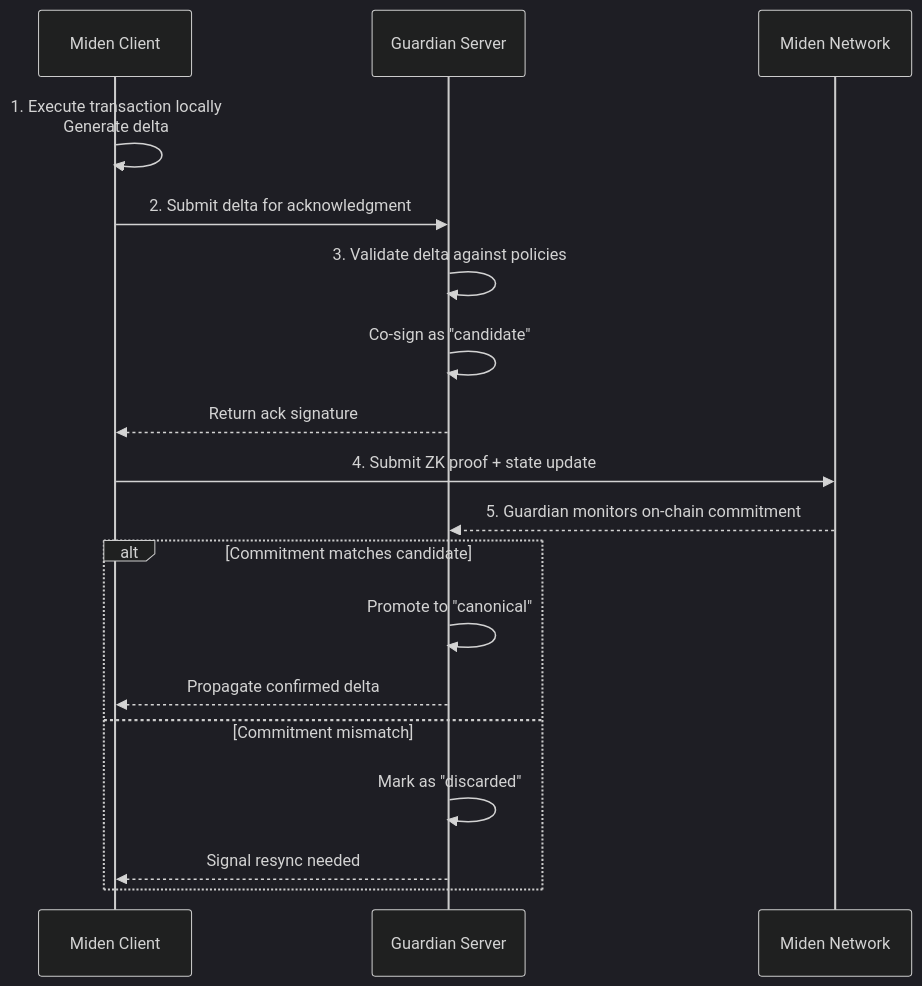
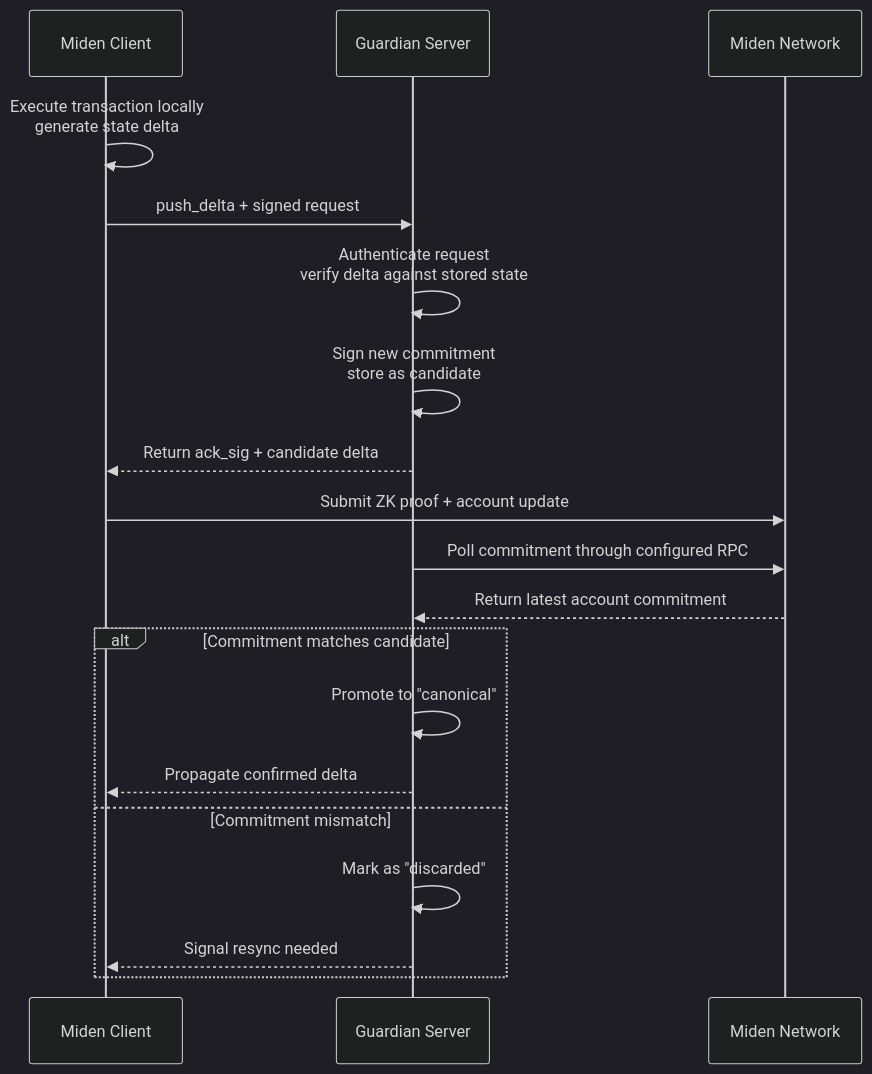
The second of 4 diagrams in docs/builder/miden-guardian/core-concepts/architecture.md (0xMiden/miden-docs), drawn with Mermaid (dark theme) before and after one commit. The commit also changed other lines of this file and 13 other files, not shown here.

First line of the commit message:
docs: expand Guardian architecture docs

````diff
--- a/docs/builder/miden-guardian/core-concepts/architecture.md
+++ b/docs/builder/miden-guardian/core-concepts/architecture.md
@@ -29,21 +57,22 @@
 ```mermaid
 sequenceDiagram
     participant Client as Miden Client
     participant Guardian as Guardian Server
     participant Chain as Miden Network
 
-    Client->>Client: 1. Execute transaction locally<br/>Generate delta
-    Client->>Guardian: 2. Submit delta for acknowledgment
-    Guardian->>Guardian: 3. Validate delta against policies
-    Guardian->>Guardian: Co-sign as "candidate"
-    Guardian-->>Client: Return ack signature
-    Client->>Chain: 4. Submit ZK proof + state update
-    Chain-->>Guardian: 5. Guardian monitors on-chain commitment
+    Client->>Client: Execute transaction locally<br/>generate state delta
+    Client->>Guardian: push_delta + signed request
+    Guardian->>Guardian: Authenticate request<br/>verify delta against stored state
+    Guardian->>Guardian: Sign new commitment<br/>store as candidate
+    Guardian-->>Client: Return ack_sig + candidate delta
+    Client->>Chain: Submit ZK proof + account update
+    Guardian->>Chain: Poll commitment through configured RPC
+    Chain-->>Guardian: Return latest account commitment
     alt Commitment matches candidate
         Guardian->>Guardian: Promote to "canonical"
         Guardian-->>Client: Propagate confirmed delta
     else Commitment mismatch
         Guardian->>Guardian: Mark as "discarded"
         Guardian-->>Client: Signal resync needed
     end
 ```
````
